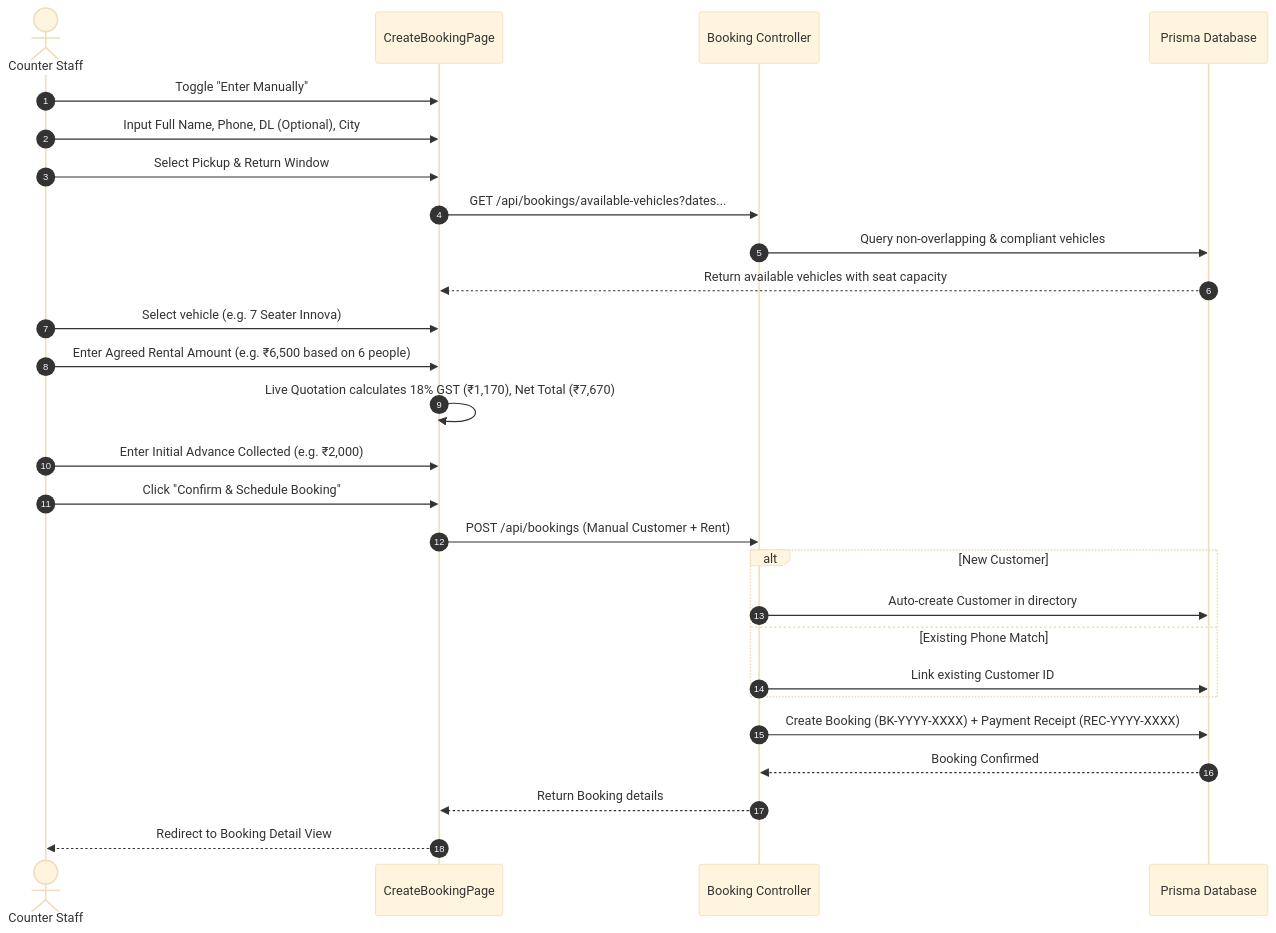
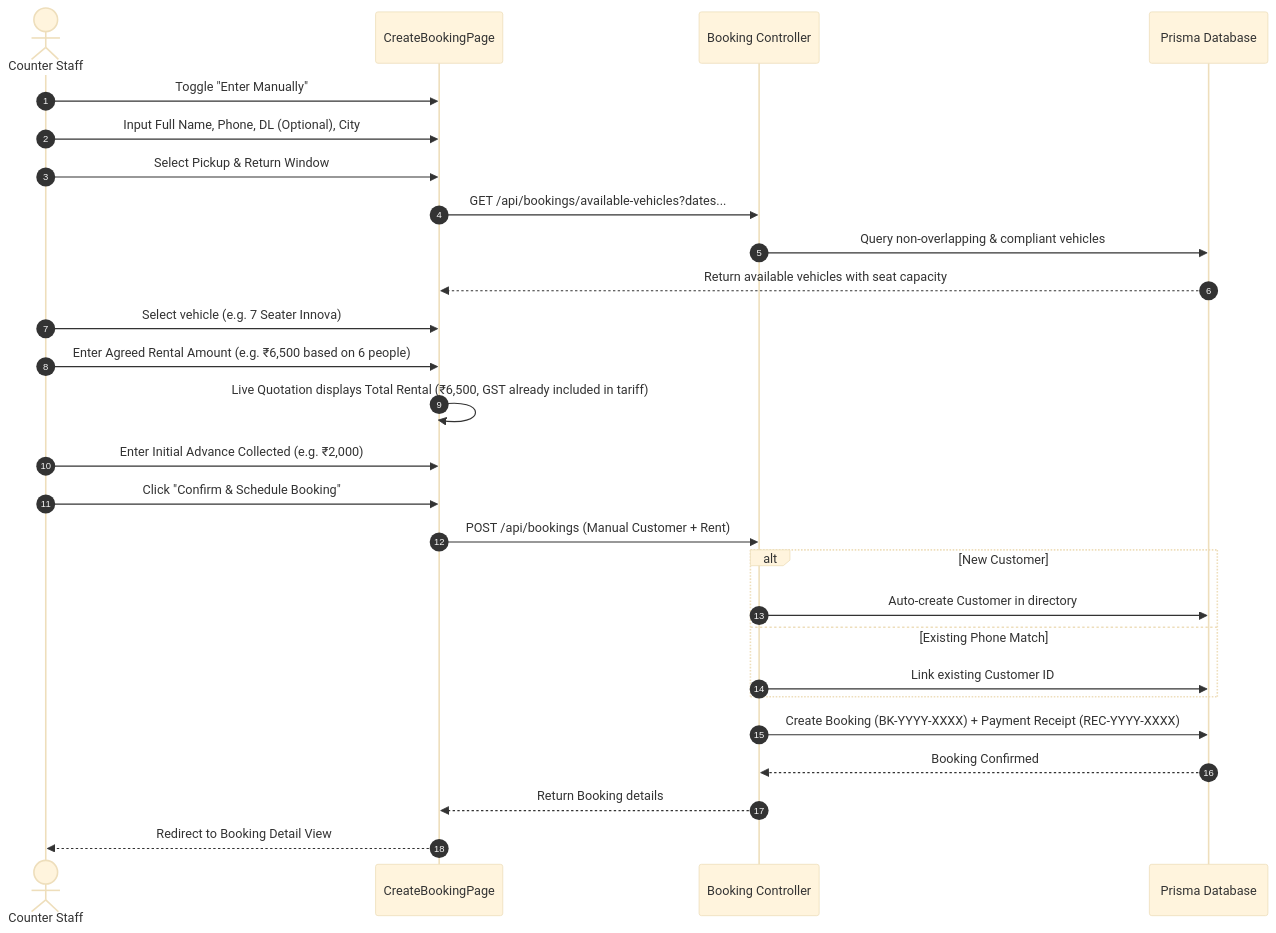
One commit to Fahim426/drivepulse-rentals changed the third of 5 diagrams in SYSTEM_WORKFLOW_AND_ARCHITECTURE_GUIDE.md. Above: the diagram before and after it, drawn with Mermaid (base theme). The commit also changed other lines of this file and 39 other files, not shown here.

Commit message:
feat: AI-powered fleet copilot, daily operations briefing, clean single admin architecture, multi-category vehicles, and zero-cost production deployment configuration

````diff
--- a/SYSTEM_WORKFLOW_AND_ARCHITECTURE_GUIDE.md
+++ b/SYSTEM_WORKFLOW_AND_ARCHITECTURE_GUIDE.md
@@ -138,30 +137,30 @@
 ```mermaid
 sequenceDiagram
     autonumber
     actor CounterStaff as Counter Staff
     participant BookingUI as CreateBookingPage
     participant API as Booking Controller
     participant DB as Prisma Database
 
     CounterStaff->>BookingUI: Toggle "Enter Manually"
     CounterStaff->>BookingUI: Input Full Name, Phone, DL (Optional), City
     CounterStaff->>BookingUI: Select Pickup & Return Window
     BookingUI->>API: GET /api/bookings/available-vehicles?dates...
     API->>DB: Query non-overlapping & compliant vehicles
     DB-->>BookingUI: Return available vehicles with seat capacity
     CounterStaff->>BookingUI: Select vehicle (e.g. 7 Seater Innova)
     CounterStaff->>BookingUI: Enter Agreed Rental Amount (e.g. ₹6,500 based on 6 people)
-    BookingUI->>BookingUI: Live Quotation calculates 18% GST (₹1,170), Net Total (₹7,670)
+    BookingUI->>BookingUI: Live Quotation displays Total Rental (₹6,500, GST already included in tariff)
     CounterStaff->>BookingUI: Enter Initial Advance Collected (e.g. ₹2,000)
     CounterStaff->>BookingUI: Click "Confirm & Schedule Booking"
     BookingUI->>API: POST /api/bookings (Manual Customer + Rent)
     alt New Customer
         API->>DB: Auto-create Customer in directory
     else Existing Phone Match
         API->>DB: Link existing Customer ID
     end
     API->>DB: Create Booking (BK-YYYY-XXXX) + Payment Receipt (REC-YYYY-XXXX)
     DB-->>API: Booking Confirmed
     API-->>BookingUI: Return Booking details
     BookingUI-->>CounterStaff: Redirect to Booking Detail View
 ```
````
